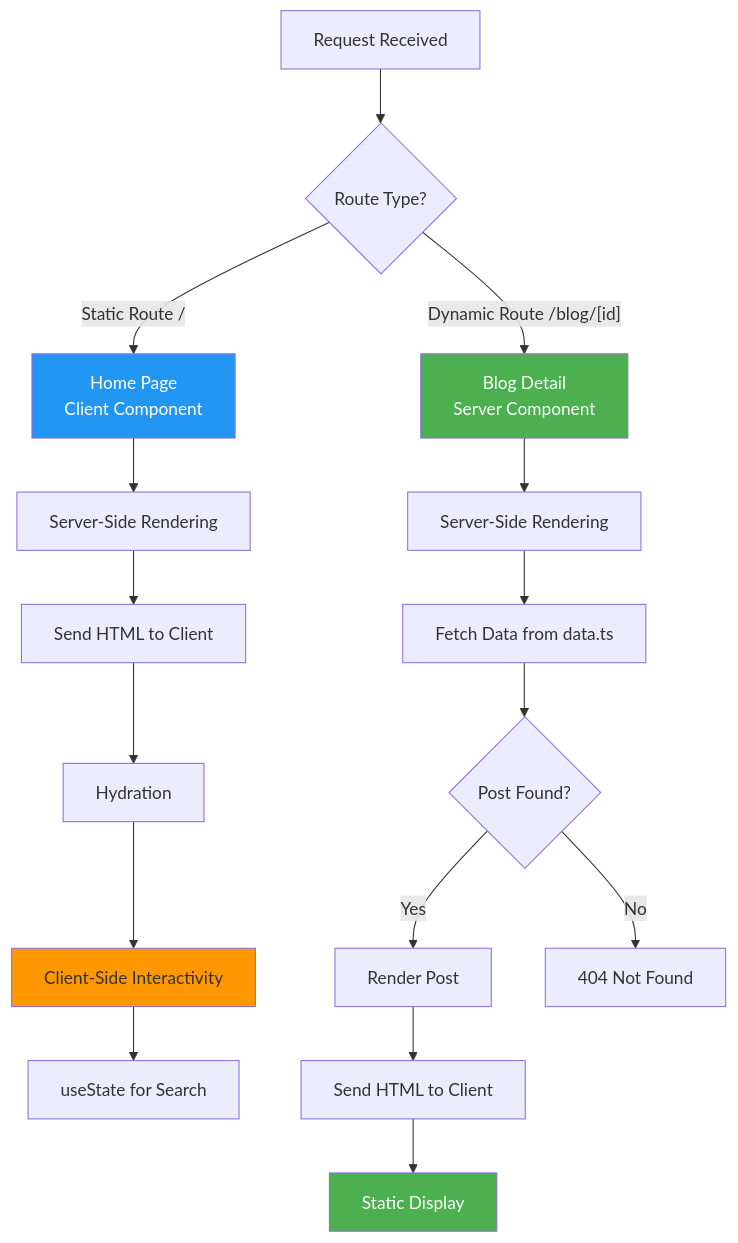
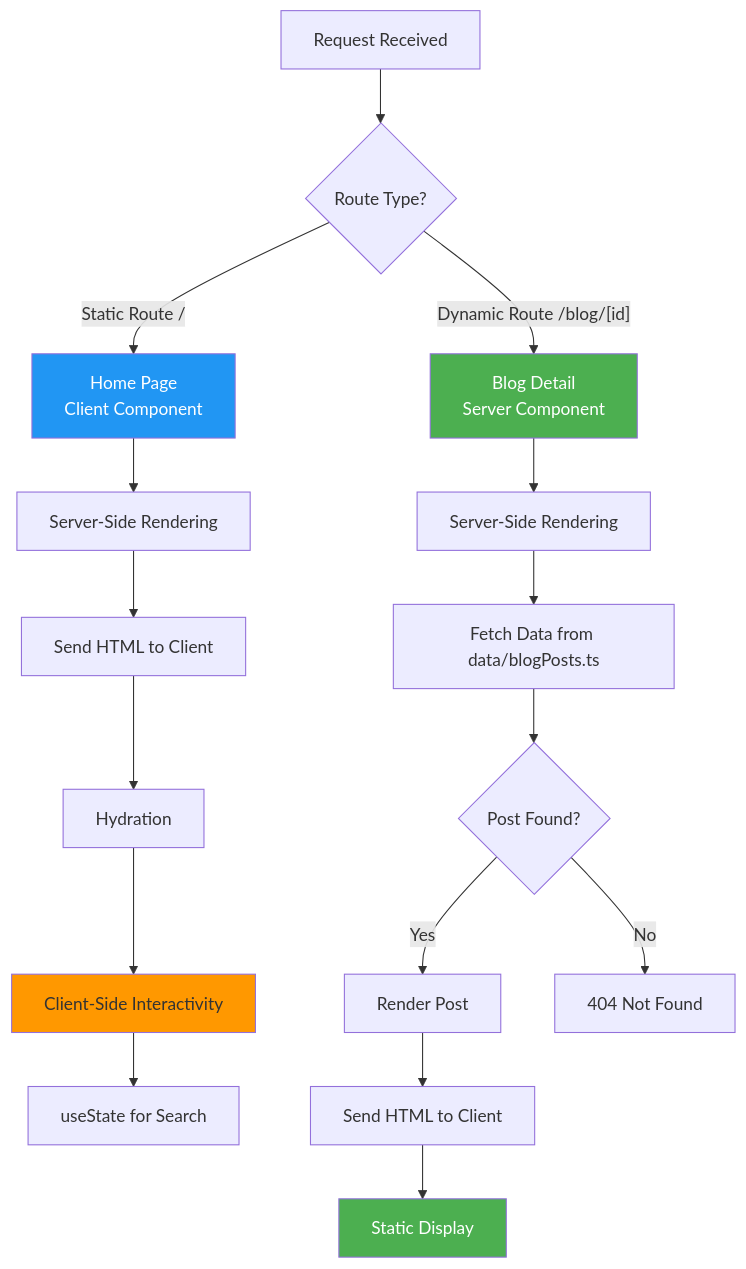
One commit to wl21st/nextjs_example changed the sixth of 10 diagrams in docs/design/ARCHITECTURE.md. Above: the diagram before and after it, drawn with Mermaid. The commit also changed other lines of this file, not shown here.

First line of the commit message:
docs: clean up architecture diagram formatting and update file references

````diff
--- a/docs/design/ARCHITECTURE.md
+++ b/docs/design/ARCHITECTURE.md
@@ -197,26 +197,26 @@
 ```mermaid
 flowchart TD
     A[Request Received] --> B{Route Type?}
     
     B -->|Static Route /| C[Home Page<br/>Client Component]
     B -->|"Dynamic Route /blog/[id]"| D[Blog Detail<br/>Server Component]
     
     C --> E[Server-Side Rendering]
     E --> F[Send HTML to Client]
     F --> G[Hydration]
     G --> H[Client-Side Interactivity]
     H --> I[useState for Search]
     
     D --> J[Server-Side Rendering]
-    J --> K[Fetch Data from data.ts]
+    J --> K["Fetch Data from data/blogPosts.ts"]
     K --> L{Post Found?}
     L -->|Yes| M[Render Post]
     L -->|No| N[404 Not Found]
     M --> O[Send HTML to Client]
     O --> P[Static Display]
     
     style C fill:#2196F3,color:#fff
     style D fill:#4CAF50,color:#fff
     style H fill:#FF9800
     style P fill:#4CAF50,color:#fff
 ```
````
